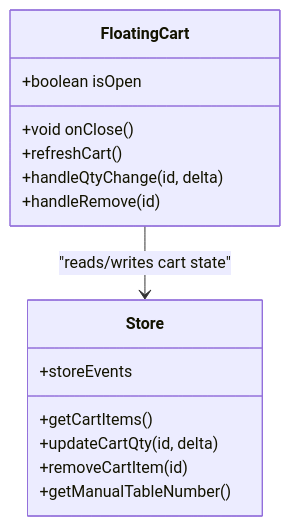
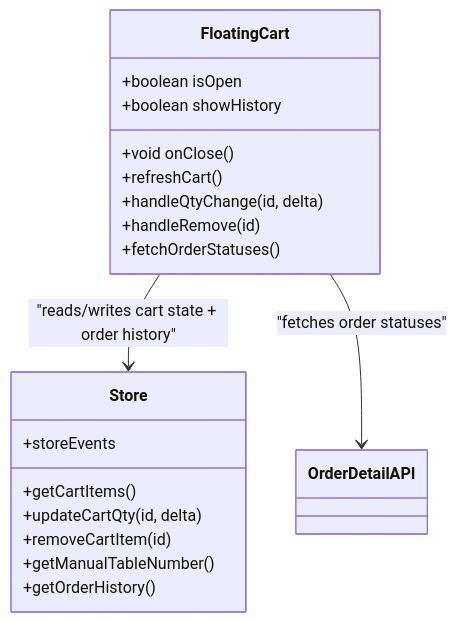
The tenth of 11 diagrams in .qoder/repowiki/en/content/Core Features/Cart & Ordering System.md (Ice-Nao-Eevee/Tera_Work), drawn with Mermaid before and after one commit. The commit also changed other lines of this file and 55 other files, not shown here.

````diff
--- a/.qoder/repowiki/en/content/Core Features/Cart & Ordering System.md
+++ b/.qoder/repowiki/en/content/Core Features/Cart & Ordering System.md
@@ -369,18 +442,22 @@
 ```mermaid
 classDiagram
 class FloatingCart {
 +boolean isOpen
++boolean showHistory
 +void onClose()
 +refreshCart()
 +handleQtyChange(id, delta)
 +handleRemove(id)
++fetchOrderStatuses()
 }
 class Store {
 +getCartItems()
 +updateCartQty(id, delta)
 +removeCartItem(id)
 +getManualTableNumber()
++getOrderHistory()
 +storeEvents
 }
-FloatingCart --> Store : "reads/writes cart state"
+FloatingCart --> Store : "reads/writes cart state + order history"
+FloatingCart --> OrderDetailAPI : "fetches order statuses"
 ```
````
